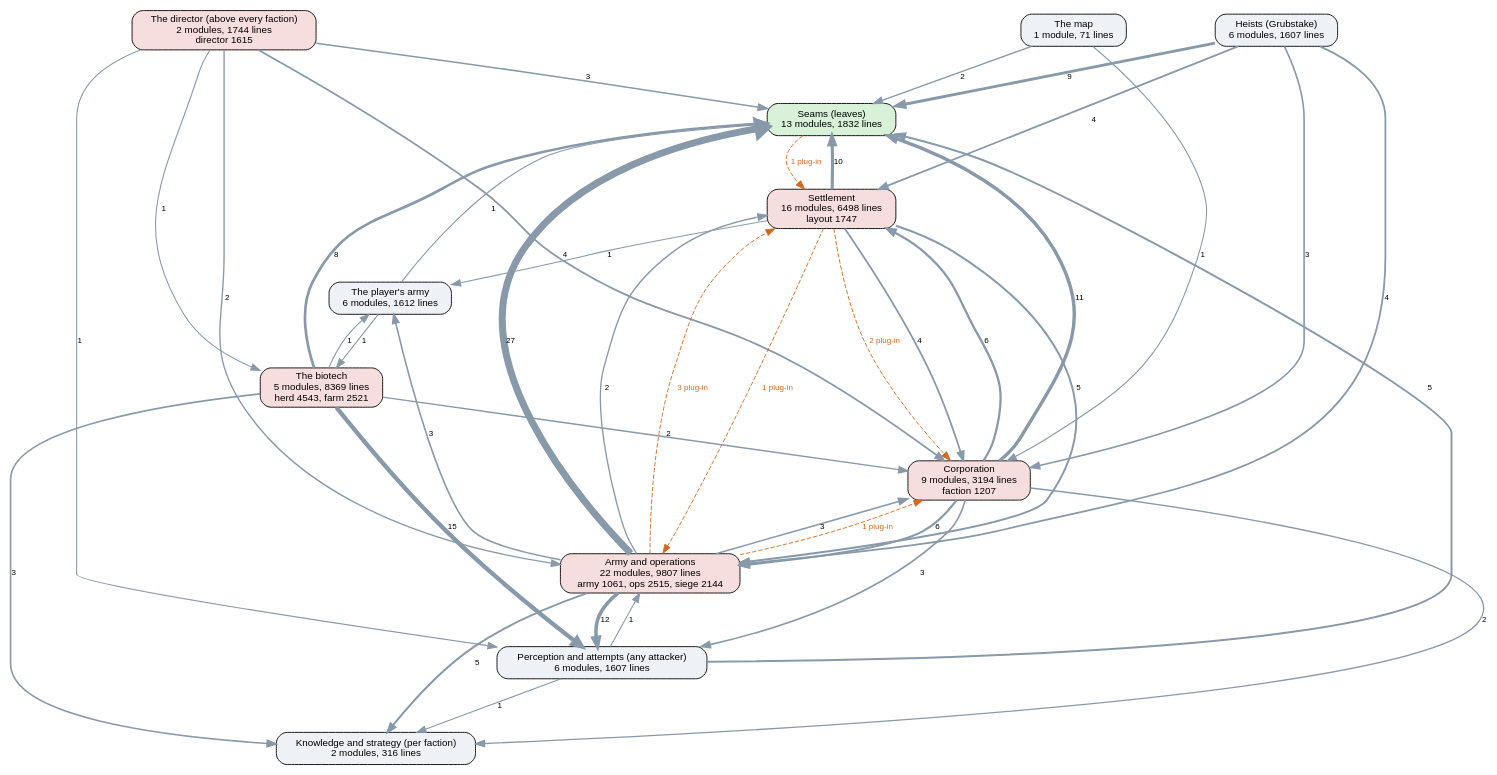
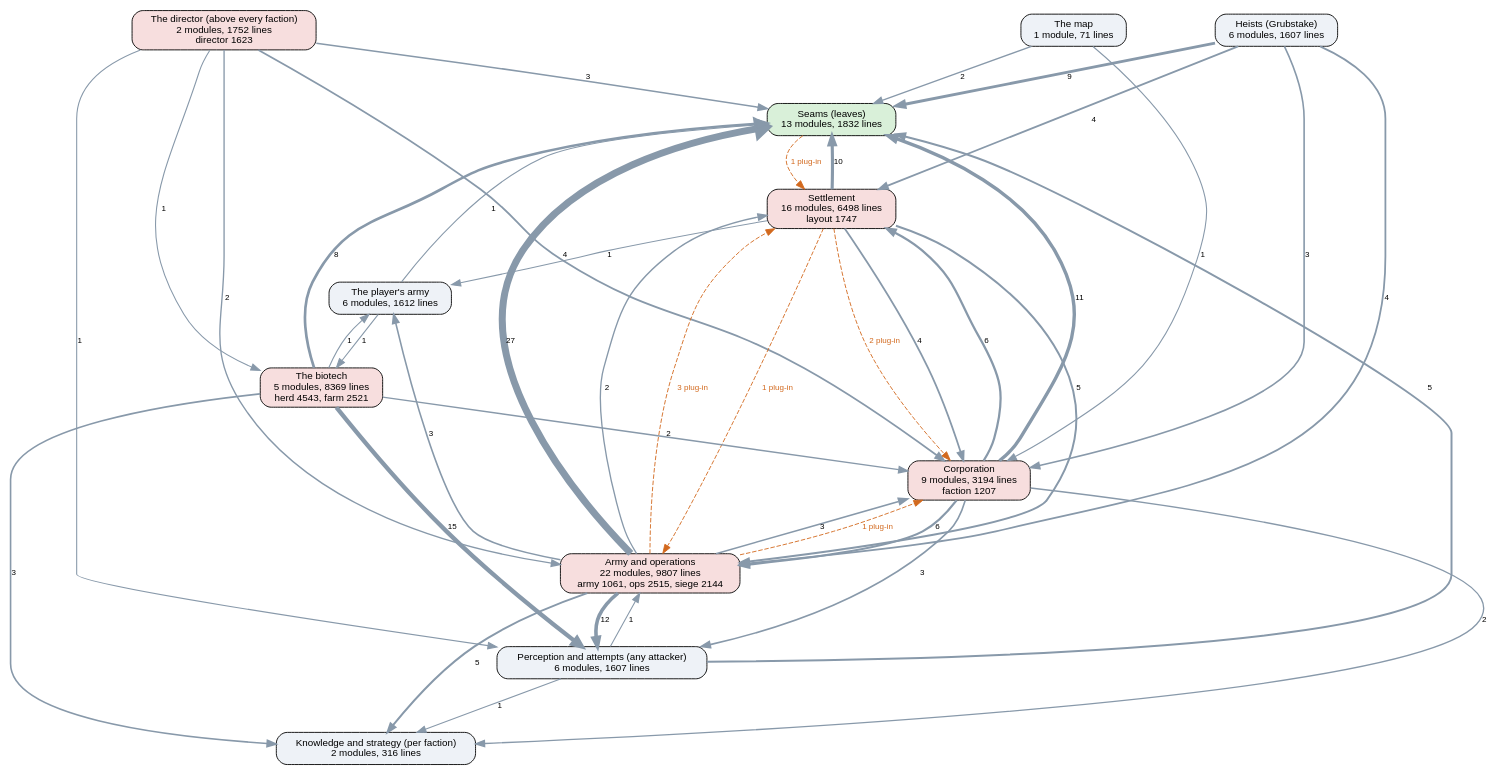
The diagram in docs/ai-layers.dot (kinelhu/landing-party), drawn with Graphviz before and after one commit. The commit also changed 9 other files, not shown here.

```diff
--- a/docs/ai-layers.dot
+++ b/docs/ai-layers.dot
@@ -1,57 +1,57 @@
 digraph layers {
   graph [rankdir=TB, fontname="Helvetica", nodesep=0.5, ranksep=0.7];
   node [shape=box, style="rounded,filled", fontname="Helvetica", fontsize=11, fillcolor="#eef2f7"];
   edge [color="#8899aa", fontname="Helvetica", fontsize=9];
   "Seams (leaves)" [label="Seams (leaves)\n13 modules, 1832 lines", fillcolor="#d9f0d9"];
   "Perception and attempts (any attacker)" [label="Perception and attempts (any attacker)\n6 modules, 1607 lines", fillcolor="#eef2f7"];
   "Knowledge and strategy (per faction)" [label="Knowledge and strategy (per faction)\n2 modules, 316 lines", fillcolor="#eef2f7"];
-  "The director (above every faction)" [label="The director (above every faction)\n2 modules, 1744 lines\ndirector 1615", fillcolor="#f7dede"];
+  "The director (above every faction)" [label="The director (above every faction)\n2 modules, 1752 lines\ndirector 1623", fillcolor="#f7dede"];
   "Corporation" [label="Corporation\n9 modules, 3194 lines\nfaction 1207", fillcolor="#f7dede"];
   "Settlement" [label="Settlement\n16 modules, 6498 lines\nlayout 1747", fillcolor="#f7dede"];
   "Army and operations" [label="Army and operations\n22 modules, 9807 lines\narmy 1061, ops 2515, siege 2144", fillcolor="#f7dede"];
   "Heists (Grubstake)" [label="Heists (Grubstake)\n6 modules, 1607 lines", fillcolor="#eef2f7"];
   "The biotech" [label="The biotech\n5 modules, 8369 lines\nherd 4543, farm 2521", fillcolor="#f7dede"];
   "The map" [label="The map\n1 module, 71 lines", fillcolor="#eef2f7"];
   "The player's army" [label="The player's army\n6 modules, 1612 lines", fillcolor="#eef2f7"];
   "Army and operations" -> "Corporation" [label="3", penwidth=1.8];
   "Army and operations" -> "Knowledge and strategy (per faction)" [label="5", penwidth=2.2];
   "Army and operations" -> "Perception and attempts (any attacker)" [label="12", penwidth=4.0];
   "Army and operations" -> "Seams (leaves)" [label="27", penwidth=7.8];
   "Army and operations" -> "Settlement" [label="2", penwidth=1.5];
   "Army and operations" -> "The player's army" [label="3", penwidth=1.8];
   "Corporation" -> "Army and operations" [label="6", penwidth=2.5];
   "Corporation" -> "Knowledge and strategy (per faction)" [label="2", penwidth=1.5];
   "Corporation" -> "Perception and attempts (any attacker)" [label="3", penwidth=1.8];
   "Corporation" -> "Seams (leaves)" [label="11", penwidth=3.8];
   "Corporation" -> "Settlement" [label="6", penwidth=2.5];
   "Heists (Grubstake)" -> "Army and operations" [label="4", penwidth=2.0];
   "Heists (Grubstake)" -> "Corporation" [label="3", penwidth=1.8];
   "Heists (Grubstake)" -> "Seams (leaves)" [label="9", penwidth=3.2];
   "Heists (Grubstake)" -> "Settlement" [label="4", penwidth=2.0];
   "Perception and attempts (any attacker)" -> "Army and operations" [label="1", penwidth=1.2];
   "Perception and attempts (any attacker)" -> "Knowledge and strategy (per faction)" [label="1", penwidth=1.2];
   "Perception and attempts (any attacker)" -> "Seams (leaves)" [label="5", penwidth=2.2];
   "Settlement" -> "Army and operations" [label="5", penwidth=2.2];
   "Settlement" -> "Corporation" [label="4", penwidth=2.0];
   "Settlement" -> "Seams (leaves)" [label="10", penwidth=3.5];
   "Settlement" -> "The player's army" [label="1", penwidth=1.2];
   "The biotech" -> "Corporation" [label="2", penwidth=1.5];
   "The biotech" -> "Knowledge and strategy (per faction)" [label="3", penwidth=1.8];
   "The biotech" -> "Perception and attempts (any attacker)" [label="15", penwidth=4.8];
   "The biotech" -> "Seams (leaves)" [label="8", penwidth=3.0];
   "The biotech" -> "The player's army" [label="1", penwidth=1.2];
   "The director (above every faction)" -> "Army and operations" [label="2", penwidth=1.5];
   "The director (above every faction)" -> "Corporation" [label="4", penwidth=2.0];
   "The director (above every faction)" -> "Perception and attempts (any attacker)" [label="1", penwidth=1.2];
   "The director (above every faction)" -> "Seams (leaves)" [label="3", penwidth=1.8];
   "The director (above every faction)" -> "The biotech" [label="1", penwidth=1.2];
   "The map" -> "Corporation" [label="1", penwidth=1.2];
   "The map" -> "Seams (leaves)" [label="2", penwidth=1.5];
   "The player's army" -> "Seams (leaves)" [label="1", penwidth=1.2];
   "The player's army" -> "The biotech" [label="1", penwidth=1.2];
   "Army and operations" -> "Corporation" [style=dashed, color="#d2691e", fontcolor="#d2691e", label="1 plug-in"];
   "Army and operations" -> "Settlement" [style=dashed, color="#d2691e", fontcolor="#d2691e", label="3 plug-in"];
   "Seams (leaves)" -> "Settlement" [style=dashed, color="#d2691e", fontcolor="#d2691e", label="1 plug-in"];
   "Settlement" -> "Army and operations" [style=dashed, color="#d2691e", fontcolor="#d2691e", label="1 plug-in"];
   "Settlement" -> "Corporation" [style=dashed, color="#d2691e", fontcolor="#d2691e", label="2 plug-in"];
 }
```
